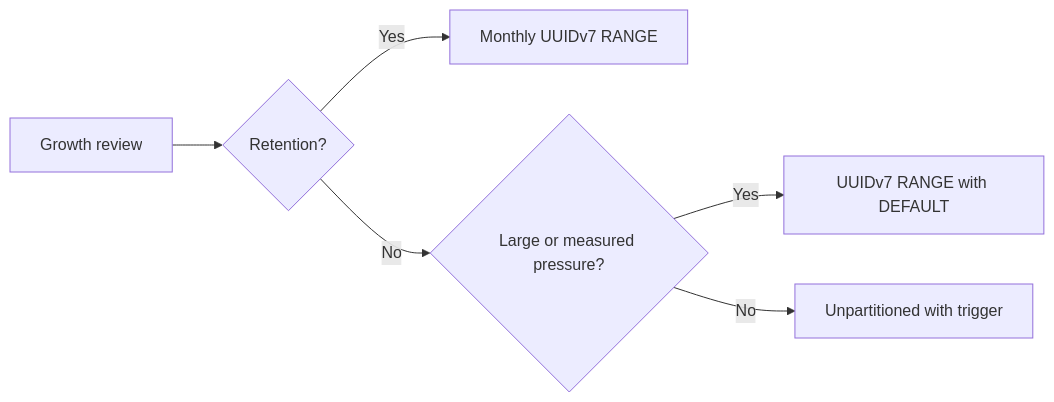
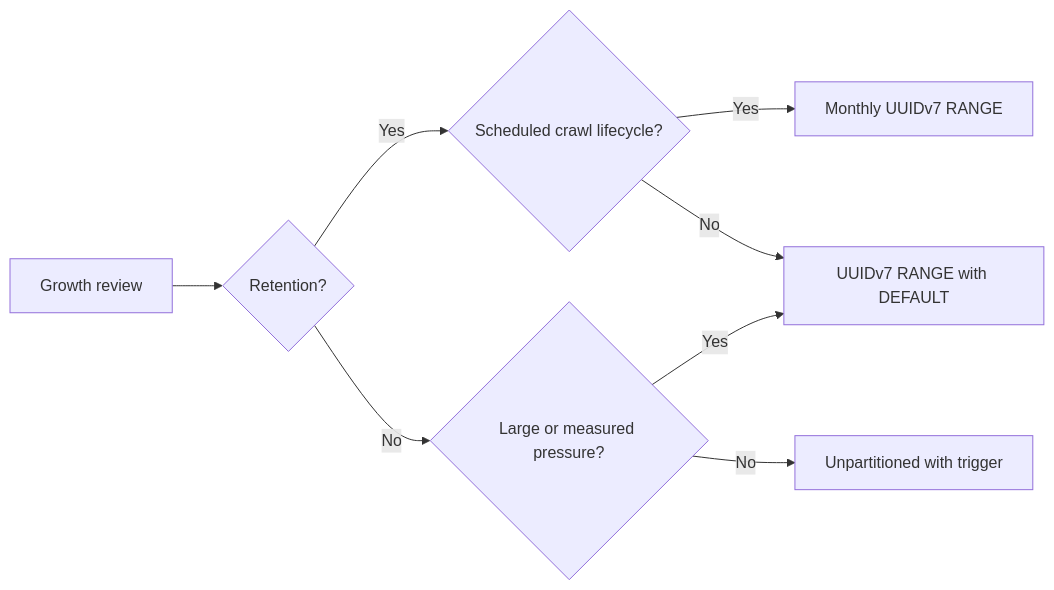
One commit to vouchington/vouchington changed the diagram in docs/overview/architecture/partitioning-strategy.md. Above: the diagram before and after it, drawn with Mermaid. The commit also changed other lines of this file and 75 other files, not shown here.

````diff
--- a/docs/overview/architecture/partitioning-strategy.md
+++ b/docs/overview/architecture/partitioning-strategy.md
@@ -24,8 +27,10 @@
 ```mermaid
 flowchart LR
   A[Growth review] --> B{Retention?}
-  B -->|Yes| C[Monthly UUIDv7 RANGE]
+  B -->|Yes| C{Scheduled crawl lifecycle?}
+  C -->|Yes| G[Monthly UUIDv7 RANGE]
+  C -->|No| E[UUIDv7 RANGE with DEFAULT]
   B -->|No| D{Large or measured pressure?}
   D -->|Yes| E[UUIDv7 RANGE with DEFAULT]
   D -->|No| F[Unpartitioned with trigger]
 ```
````
